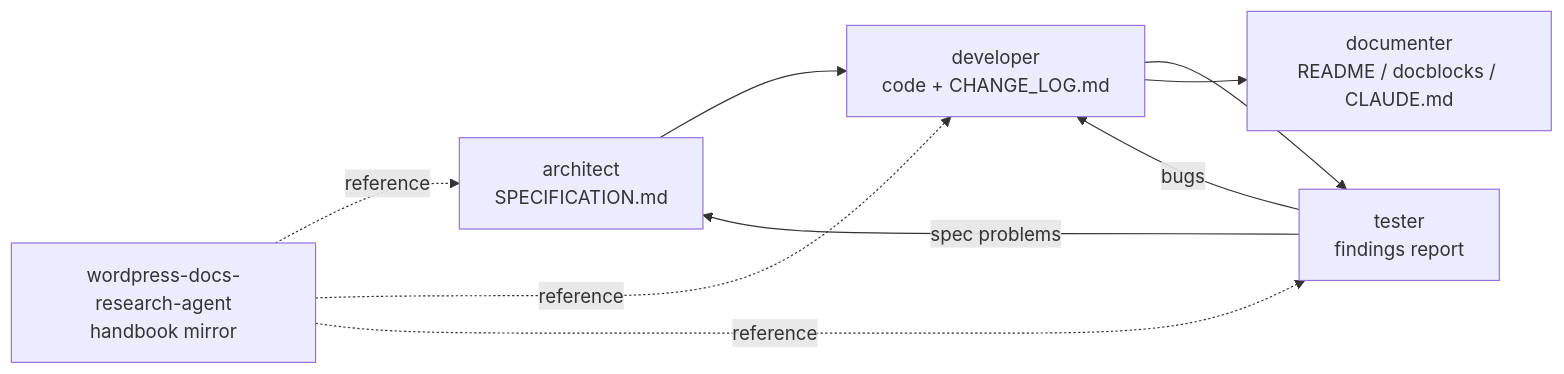
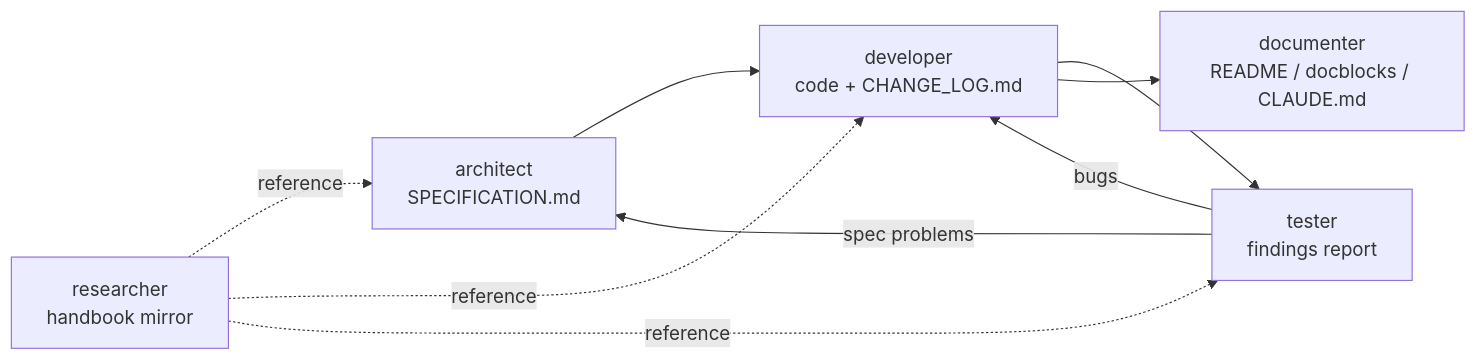
Before and after one commit to aidevme/aidevme-blog-wordpress-plugins: the diagram in docs/claude/agents/AGENTS.md, drawn with Mermaid. The commit also changed other lines of this file and 21 other files, not shown here.

Commit message:
refactor(agents): rename wordpress-docs-research-agent to researcher and update related documentation

````diff
--- a/docs/claude/agents/AGENTS.md
+++ b/docs/claude/agents/AGENTS.md
@@ -23,11 +23,11 @@
 ```mermaid
 flowchart LR
     A[architect<br/>SPECIFICATION.md] --> D[developer<br/>code + CHANGE_LOG.md]
     D --> T[tester<br/>findings report]
     T -- bugs --> D
     T -- spec problems --> A
     D --> M[documenter<br/>README / docblocks / CLAUDE.md]
-    R[wordpress-docs-research-agent<br/>handbook mirror] -. reference .-> A
+    R[researcher<br/>handbook mirror] -. reference .-> A
     R -. reference .-> D
     R -. reference .-> T
 ```
````
